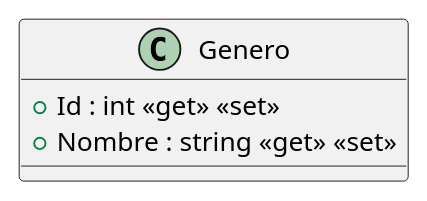
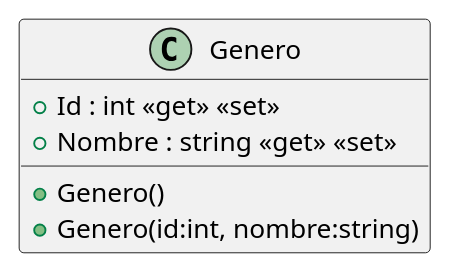
One commit to ISII2627JRJ/ISII2627JRJ changed the diagram in src/AppForSEII.API/ClassDiagram/Genero.puml. Above: the diagram before and after it, drawn with PlantUML. The commit also changed 16 other files, not shown here.

First line of the commit message:
Constructores añadidos y diagramas uml actualizados (#48)

```diff
--- a/src/AppForSEII.API/ClassDiagram/Genero.puml
+++ b/src/AppForSEII.API/ClassDiagram/Genero.puml
@@ -1,6 +1,8 @@
 @startuml
 class Genero {
+    + Genero()
+    + Genero(id:int, nombre:string)
     + Id : int <<get>> <<set>>
     + Nombre : string <<get>> <<set>>
 }
 @enduml
```
